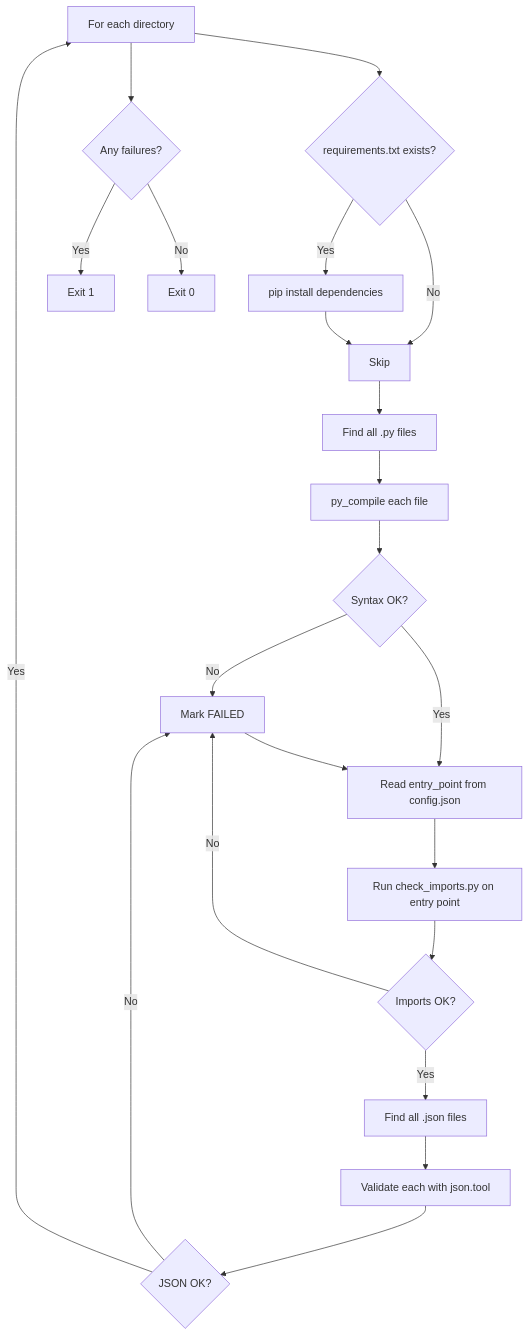
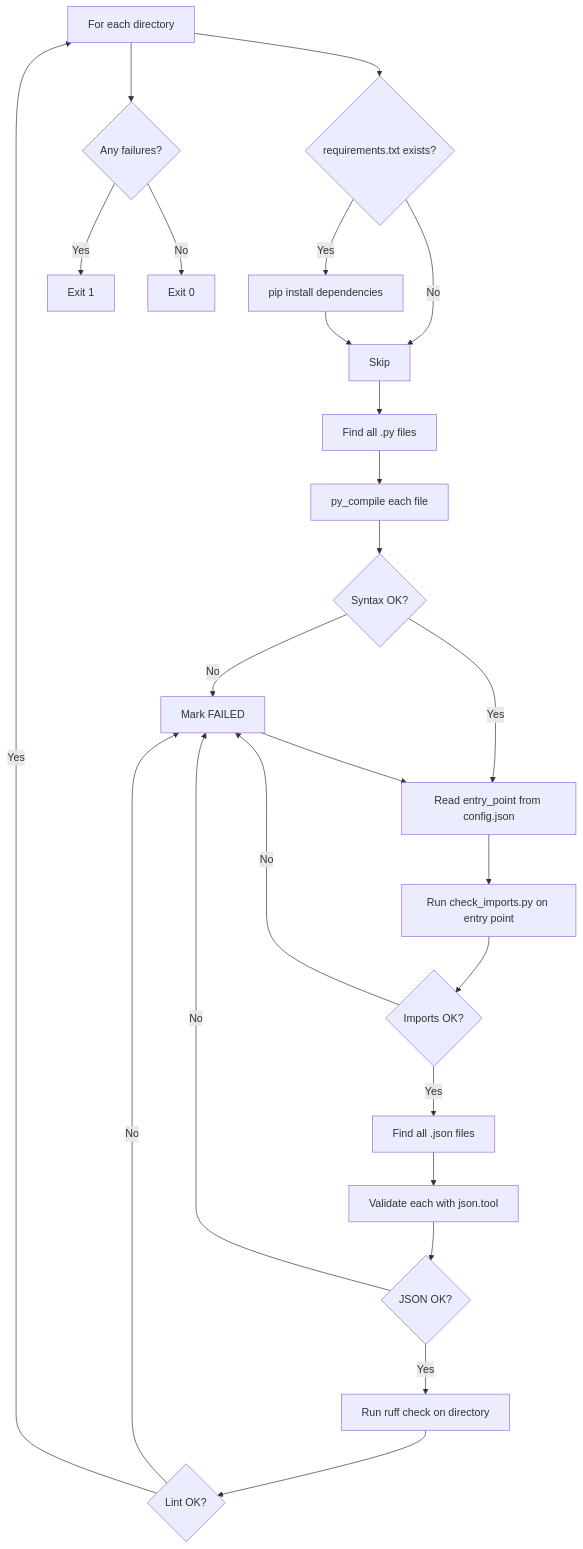
The diagram in scripts/docs/check_code.md (Autohive-AI/autohive-integrations-tooling), drawn with Mermaid before and after one commit. The commit also changed other lines of this file and 3 other files, not shown here.

Commit message:
feat: add ruff lint step to check_code.py

````diff
--- a/scripts/docs/check_code.md
+++ b/scripts/docs/check_code.md
@@ -121,24 +143,27 @@
 ```mermaid
 flowchart TD
     A[For each directory] --> B{requirements.txt exists?}
     B -->|Yes| C[pip install dependencies]
     B -->|No| D[Skip]
     C --> D
     D --> E[Find all .py files]
     E --> F[py_compile each file]
     F --> G{Syntax OK?}
     G -->|No| H[Mark FAILED]
     G -->|Yes| I[Read entry_point from config.json]
     H --> I
     I --> J[Run check_imports.py on entry point]
     J --> K{Imports OK?}
     K -->|No| H
     K -->|Yes| L[Find all .json files]
     L --> M[Validate each with json.tool]
     M --> N{JSON OK?}
     N -->|No| H
-    N -->|Yes| A
+    N -->|Yes| R[Run ruff check on directory]
+    R --> S{Lint OK?}
+    S -->|No| H
+    S -->|Yes| A
     A --> O{Any failures?}
     O -->|Yes| P[Exit 1]
     O -->|No| Q[Exit 0]
 ```
````
